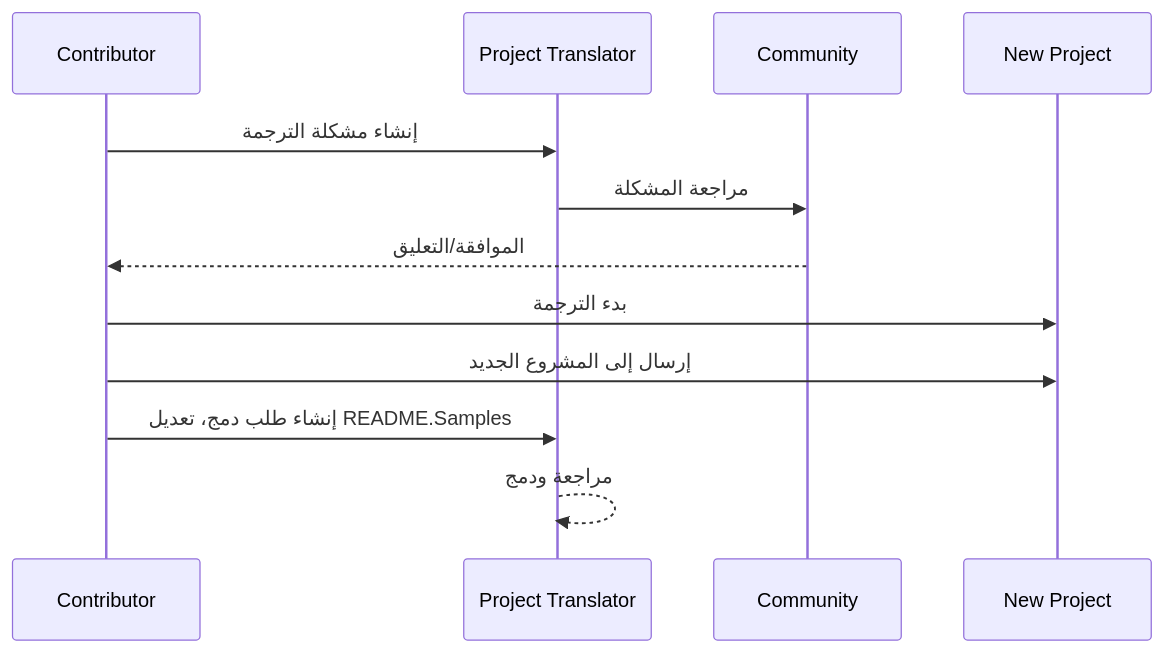
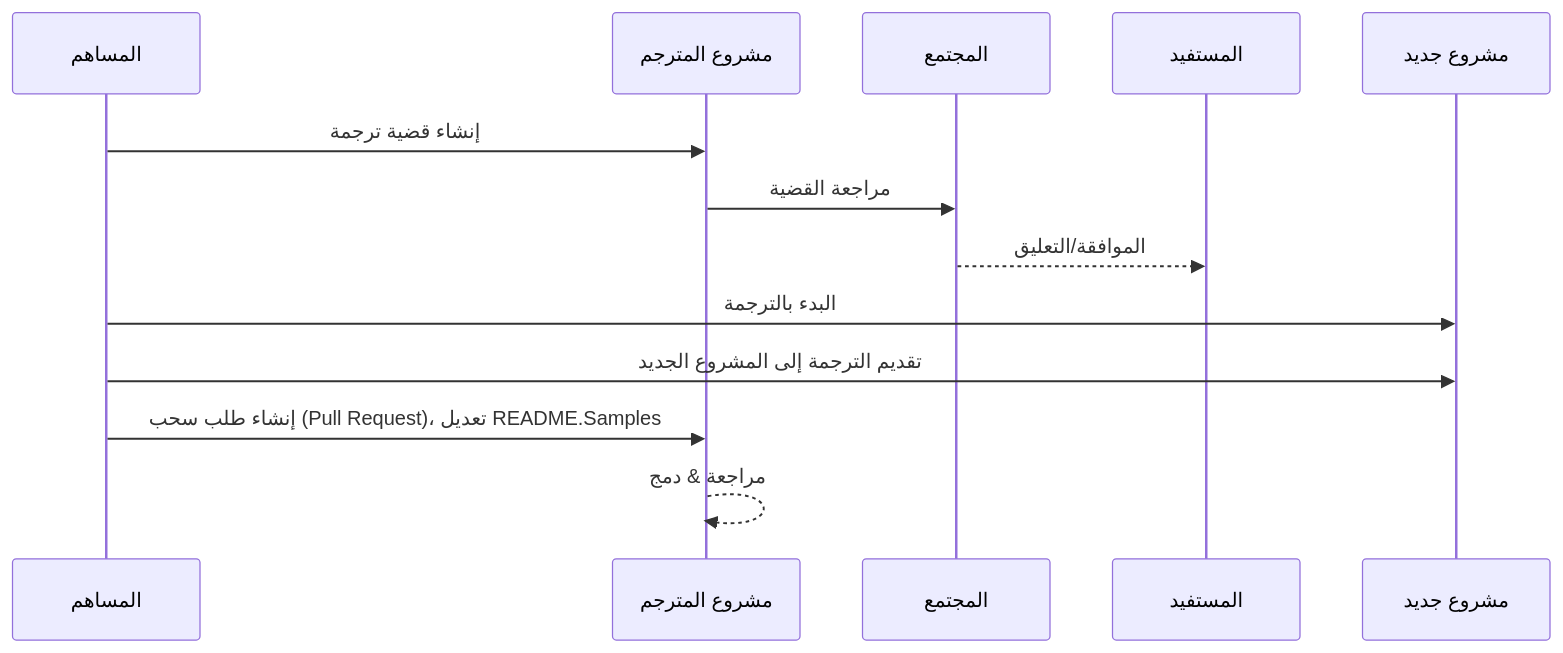
Before and after one commit to Project-Translation/project_translator: the diagram in readmes/README.ar-sa.md, drawn with Mermaid. The commit also changed other lines of this file and 72 other files, not shown here.

````diff
--- a/readmes/README.ar-sa.md
+++ b/readmes/README.ar-sa.md
@@ -49,10 +33,10 @@
 ```mermaid
 sequenceDiagram
-  Contributor->>Project Translator: إنشاء مشكلة الترجمة
-  Project Translator->>Community: مراجعة المشكلة
-  Community-->>Contributor: الموافقة/التعليق
-  Contributor->>New Project: بدء الترجمة
-  Contributor->>New Project: إرسال إلى المشروع الجديد
-  Contributor->>Project Translator: إنشاء طلب دمج، تعديل README.Samples
-  Project Translator-->>Project Translator: مراجعة ودمج
+  المساهم->>مشروع المترجم: إنشاء قضية ترجمة
+  مشروع المترجم->>المجتمع: مراجعة القضية
+  المجتمع-->>المستفيد: الموافقة/التعليق
+  المساهم->>مشروع جديد: البدء بالترجمة
+  المساهم->>مشروع جديد: تقديم الترجمة إلى المشروع الجديد
+  المساهم->>مشروع المترجم: إنشاء طلب سحب (Pull Request)، تعديل README.Samples
+  مشروع المترجم-->>مشروع المترجم: مراجعة & دمج
 ```
````
